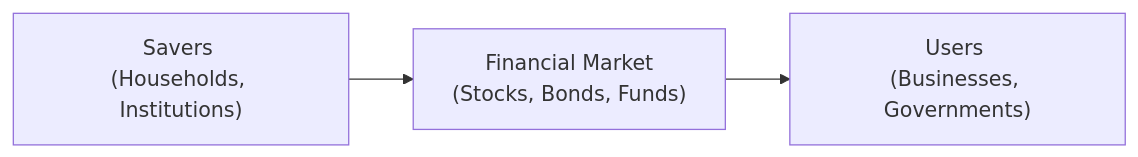
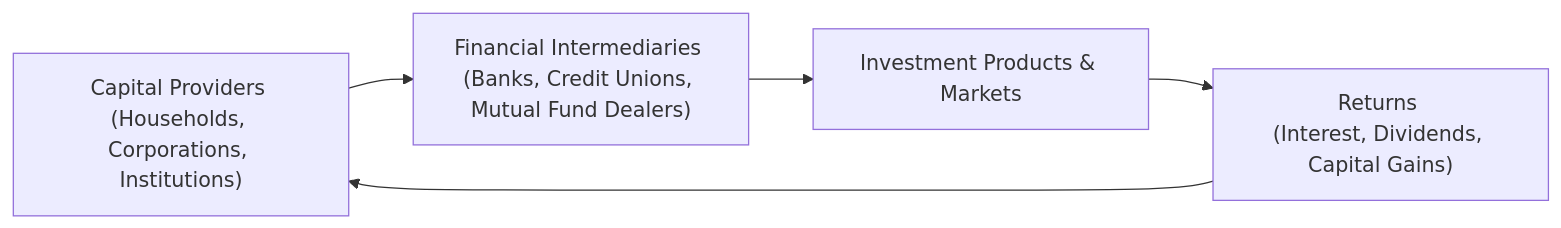
Before and after one commit to MasteryEducation/SecuritiesExamsMastery.ca: the diagram in content/ifc/2/1/index.md, drawn with Mermaid. The commit also changed other lines of this file and 130 other files, not shown here.

````diff
--- a/content/ifc/2/1/index.md
+++ b/content/ifc/2/1/index.md
@@ -41,5 +108,7 @@
 ```mermaid
-flowchart LR
-    A["Savers <br/>(Households, Institutions)"] --> B["Financial Market <br/>(Stocks, Bonds, Funds)"]
-    B --> C["Users <br/>(Businesses, Governments)"]
+graph LR
+    A["Capital Providers <br/>(Households, Corporations, Institutions)"] --> B["Financial Intermediaries <br/>(Banks, Credit Unions, Mutual Fund Dealers)"]
+    B --> C["Investment Products & Markets"]
+    C --> D["Returns <br/>(Interest, Dividends, Capital Gains)"]
+    D --> A
 ```
````
